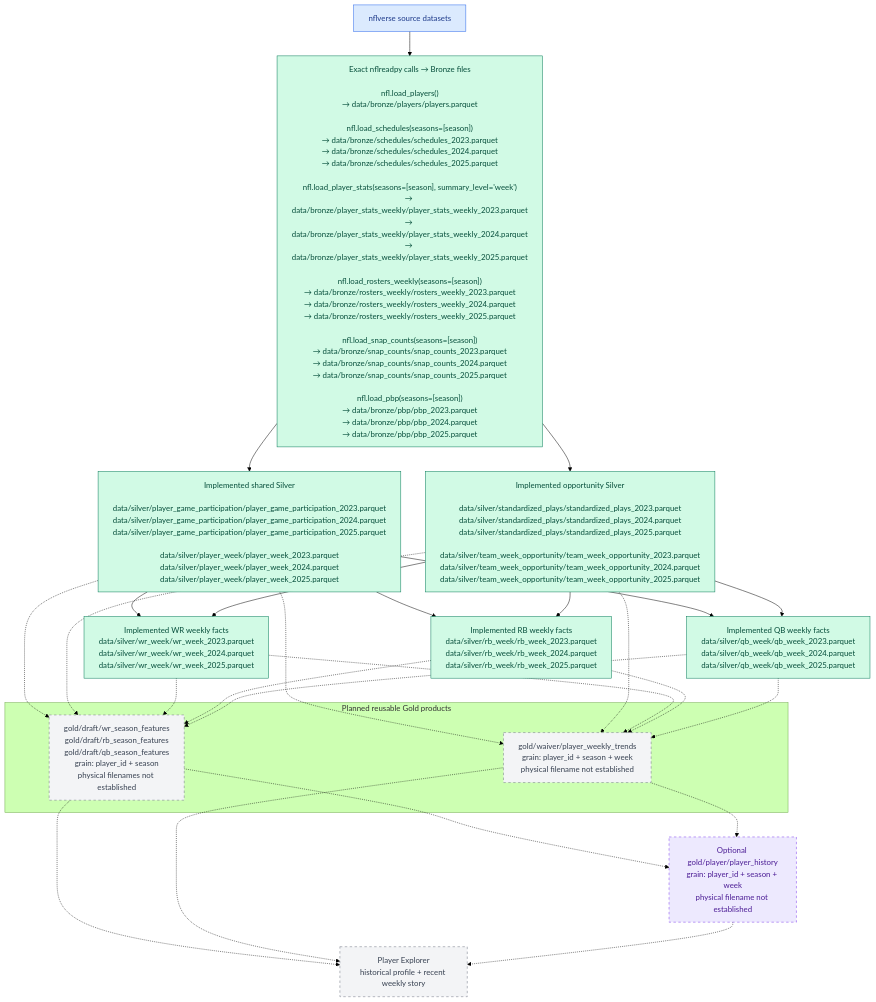
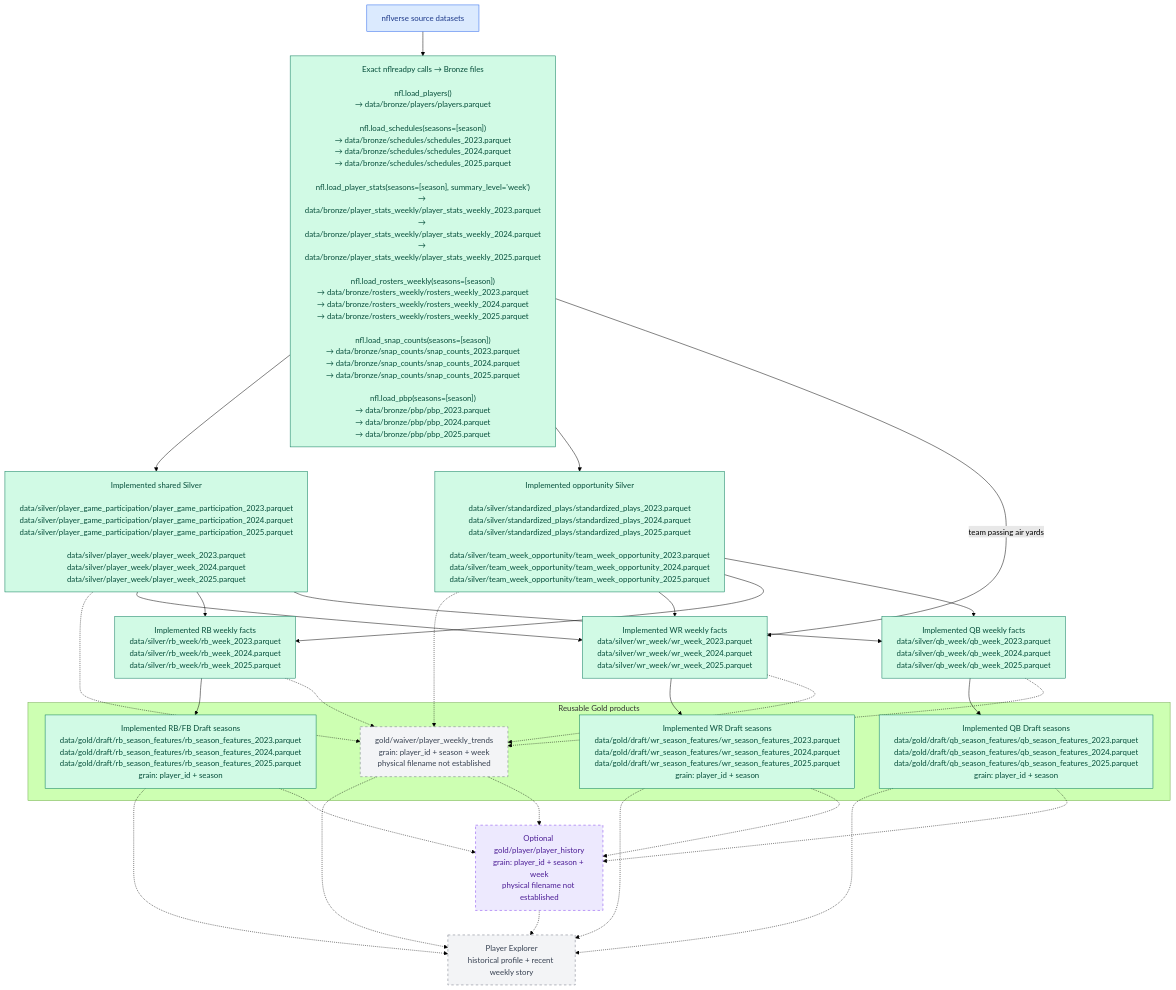
Before and after one commit to ddarby15/nfl-dream-lab-app: the fourth of 4 diagrams in docs/data-lineage-by-gold-product.md, drawn with Mermaid (forest theme). The commit also changed other lines of this file and 8 other files, not shown here.

````diff
--- a/docs/data-lineage-by-gold-product.md
+++ b/docs/data-lineage-by-gold-product.md
@@ -176,52 +179,57 @@
 ```mermaid
 flowchart TB
     SOURCE["nflverse source datasets"]
     B_FILES["Exact nflreadpy calls → Bronze files<br/><br/>nfl.load_players()<br/>→ data/bronze/players/players.parquet<br/><br/>nfl.load_schedules(seasons=[season])<br/>→ data/bronze/schedules/schedules_2023.parquet<br/>→ data/bronze/schedules/schedules_2024.parquet<br/>→ data/bronze/schedules/schedules_2025.parquet<br/><br/>nfl.load_player_stats(seasons=[season], summary_level='week')<br/>→ data/bronze/player_stats_weekly/player_stats_weekly_2023.parquet<br/>→ data/bronze/player_stats_weekly/player_stats_weekly_2024.parquet<br/>→ data/bronze/player_stats_weekly/player_stats_weekly_2025.parquet<br/><br/>nfl.load_rosters_weekly(seasons=[season])<br/>→ data/bronze/rosters_weekly/rosters_weekly_2023.parquet<br/>→ data/bronze/rosters_weekly/rosters_weekly_2024.parquet<br/>→ data/bronze/rosters_weekly/rosters_weekly_2025.parquet<br/><br/>nfl.load_snap_counts(seasons=[season])<br/>→ data/bronze/snap_counts/snap_counts_2023.parquet<br/>→ data/bronze/snap_counts/snap_counts_2024.parquet<br/>→ data/bronze/snap_counts/snap_counts_2025.parquet<br/><br/>nfl.load_pbp(seasons=[season])<br/>→ data/bronze/pbp/pbp_2023.parquet<br/>→ data/bronze/pbp/pbp_2024.parquet<br/>→ data/bronze/pbp/pbp_2025.parquet"]
     S_CURRENT["Implemented shared Silver<br/><br/>data/silver/player_game_participation/player_game_participation_2023.parquet<br/>data/silver/player_game_participation/player_game_participation_2024.parquet<br/>data/silver/player_game_participation/player_game_participation_2025.parquet<br/><br/>data/silver/player_week/player_week_2023.parquet<br/>data/silver/player_week/player_week_2024.parquet<br/>data/silver/player_week/player_week_2025.parquet"]
     S_OPPORTUNITY["Implemented opportunity Silver<br/><br/>data/silver/standardized_plays/standardized_plays_2023.parquet<br/>data/silver/standardized_plays/standardized_plays_2024.parquet<br/>data/silver/standardized_plays/standardized_plays_2025.parquet<br/><br/>data/silver/team_week_opportunity/team_week_opportunity_2023.parquet<br/>data/silver/team_week_opportunity/team_week_opportunity_2024.parquet<br/>data/silver/team_week_opportunity/team_week_opportunity_2025.parquet"]
     S_WR["Implemented WR weekly facts<br/>data/silver/wr_week/wr_week_2023.parquet<br/>data/silver/wr_week/wr_week_2024.parquet<br/>data/silver/wr_week/wr_week_2025.parquet"]
     S_RB["Implemented RB weekly facts<br/>data/silver/rb_week/rb_week_2023.parquet<br/>data/silver/rb_week/rb_week_2024.parquet<br/>data/silver/rb_week/rb_week_2025.parquet"]
     S_QB["Implemented QB weekly facts<br/>data/silver/qb_week/qb_week_2023.parquet<br/>data/silver/qb_week/qb_week_2024.parquet<br/>data/silver/qb_week/qb_week_2025.parquet"]
 
-    subgraph ExistingGoldShapes["Planned reusable Gold products"]
-        G_DRAFT["gold/draft/wr_season_features<br/>gold/draft/rb_season_features<br/>gold/draft/qb_season_features<br/>grain: player_id + season<br/>physical filenames not established"]
+    subgraph ExistingGoldShapes["Reusable Gold products"]
+        G_WR_GOLD["Implemented WR Draft seasons<br/>data/gold/draft/wr_season_features/wr_season_features_2023.parquet<br/>data/gold/draft/wr_season_features/wr_season_features_2024.parquet<br/>data/gold/draft/wr_season_features/wr_season_features_2025.parquet<br/>grain: player_id + season"]
+        G_RB_GOLD["Implemented RB/FB Draft seasons<br/>data/gold/draft/rb_season_features/rb_season_features_2023.parquet<br/>data/gold/draft/rb_season_features/rb_season_features_2024.parquet<br/>data/gold/draft/rb_season_features/rb_season_features_2025.parquet<br/>grain: player_id + season"]
+        G_QB_GOLD["Implemented QB Draft seasons<br/>data/gold/draft/qb_season_features/qb_season_features_2023.parquet<br/>data/gold/draft/qb_season_features/qb_season_features_2024.parquet<br/>data/gold/draft/qb_season_features/qb_season_features_2025.parquet<br/>grain: player_id + season"]
         G_WAIVER["gold/waiver/player_weekly_trends<br/>grain: player_id + season + week<br/>physical filename not established"]
     end
 
     G_HISTORY["Optional gold/player/player_history<br/>grain: player_id + season + week<br/>physical filename not established"]
     EXPLORER["Player Explorer<br/>historical profile + recent weekly story"]
 
     SOURCE --> B_FILES --> S_CURRENT
     B_FILES --> S_OPPORTUNITY
-    S_CURRENT -.-> G_DRAFT
     S_CURRENT -.-> G_WAIVER
-    S_OPPORTUNITY -.-> G_DRAFT
     S_OPPORTUNITY -.-> G_WAIVER
     S_CURRENT --> S_WR
     S_OPPORTUNITY --> S_WR
+    B_FILES -->|team passing air yards| S_WR
     S_CURRENT --> S_RB
     S_OPPORTUNITY --> S_RB
     S_CURRENT --> S_QB
     S_OPPORTUNITY --> S_QB
-    S_WR -.-> G_DRAFT
+    S_WR --> G_WR_GOLD
     S_WR -.-> G_WAIVER
-    S_RB -.-> G_DRAFT
+    S_RB --> G_RB_GOLD
     S_RB -.-> G_WAIVER
-    S_QB -.-> G_DRAFT
+    S_QB --> G_QB_GOLD
     S_QB -.-> G_WAIVER
-    G_DRAFT -.-> EXPLORER
+    G_WR_GOLD -.-> EXPLORER
+    G_RB_GOLD -.-> EXPLORER
+    G_QB_GOLD -.-> EXPLORER
     G_WAIVER -.-> EXPLORER
-    G_DRAFT -.-> G_HISTORY
+    G_WR_GOLD -.-> G_HISTORY
+    G_RB_GOLD -.-> G_HISTORY
+    G_QB_GOLD -.-> G_HISTORY
     G_WAIVER -.-> G_HISTORY
     G_HISTORY -.-> EXPLORER
 
     classDef source fill:#dbeafe,stroke:#2563eb,color:#1e3a8a;
     classDef built fill:#d1fae5,stroke:#047857,color:#064e3b;
     classDef planned fill:#f3f4f6,stroke:#6b7280,color:#374151,stroke-dasharray:5 5;
     classDef optional fill:#ede9fe,stroke:#7c3aed,color:#4c1d95,stroke-dasharray:5 5;
 
     class SOURCE source;
-    class B_FILES,S_CURRENT,S_OPPORTUNITY,S_WR,S_RB,S_QB built;
-    class G_DRAFT,G_WAIVER,EXPLORER planned;
+    class B_FILES,S_CURRENT,S_OPPORTUNITY,S_WR,S_RB,S_QB,G_WR_GOLD,G_RB_GOLD,G_QB_GOLD built;
+    class G_WAIVER,EXPLORER planned;
     class G_HISTORY optional;
 ```
````
